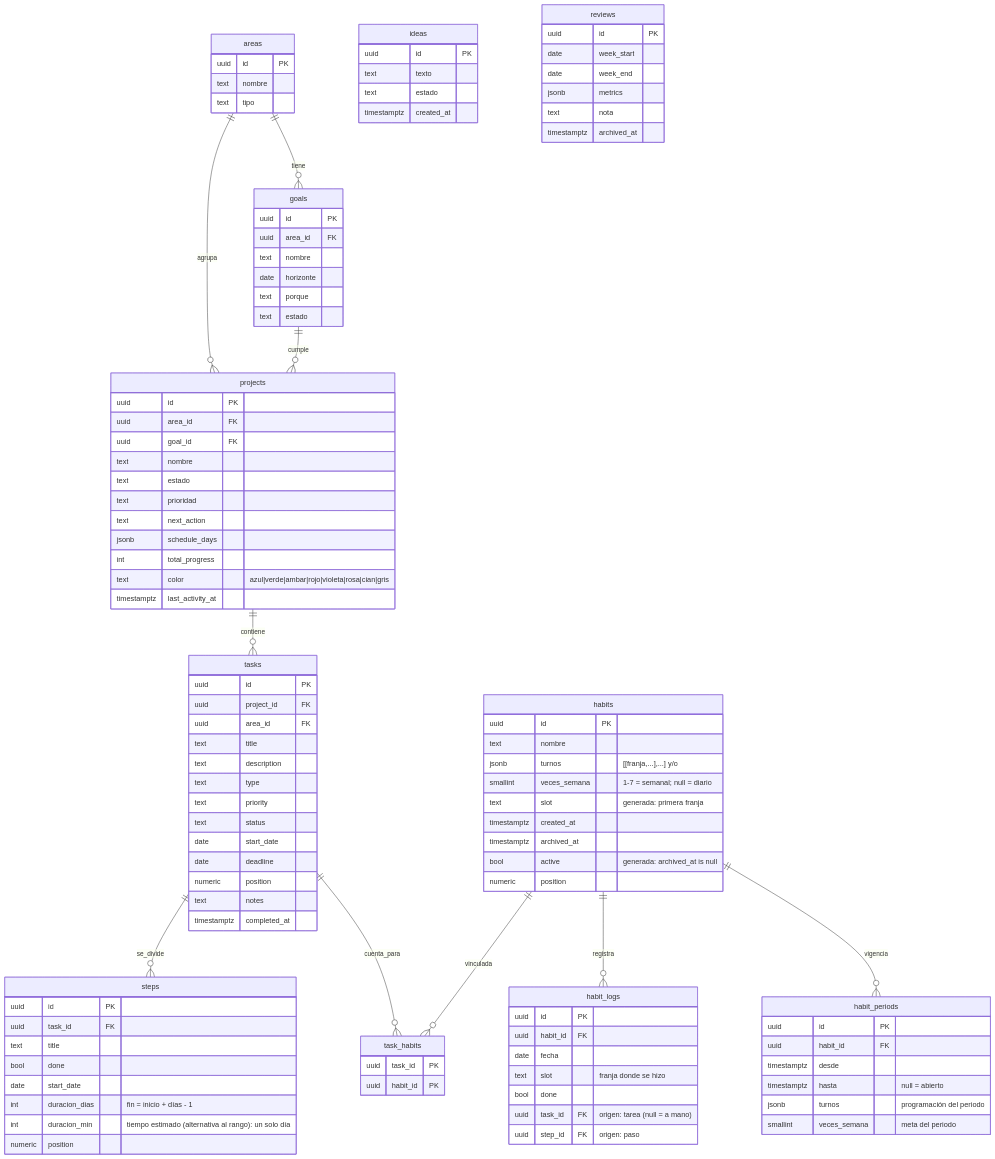
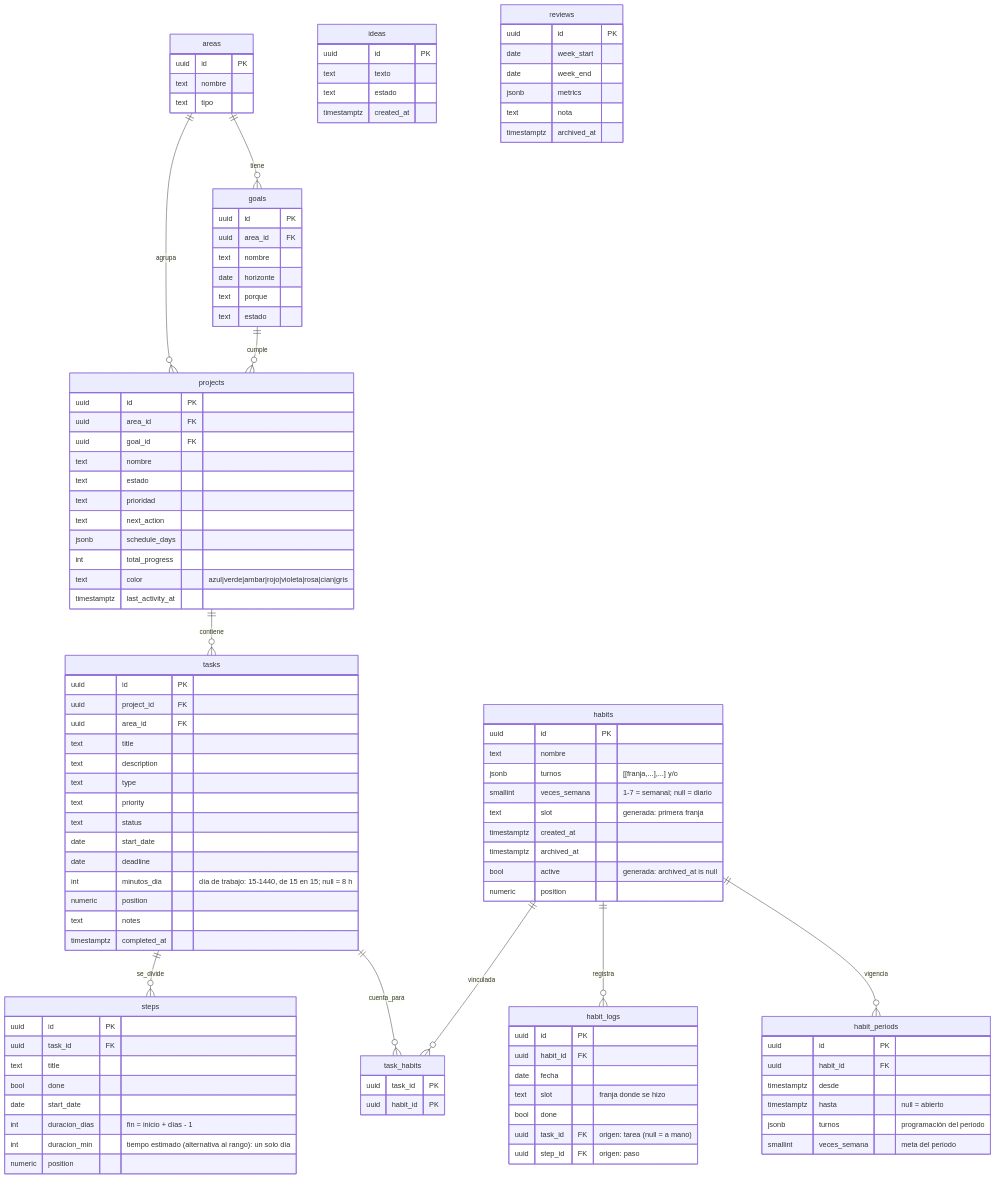
Before and after one commit to csr9497/second-brain: the diagram in docs/DATA-MODEL.md, drawn with Mermaid. The commit also changed other lines of this file and 25 other files, not shown here.

```diff
--- a/docs/DATA-MODEL.md
+++ b/docs/DATA-MODEL.md
@@ -51,6 +51,7 @@
     text status
     date start_date
     date deadline
+    int minutos_dia "día de trabajo: 15-1440, de 15 en 15; null = 8 h"
     numeric position
     text notes
     timestamptz completed_at
```
